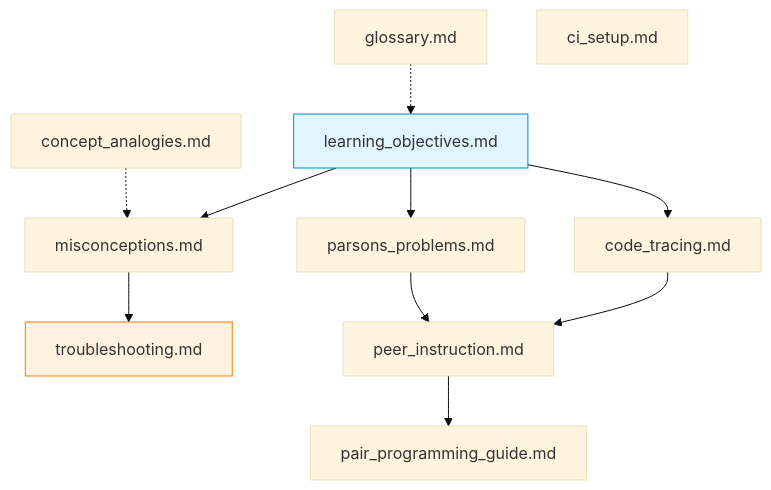
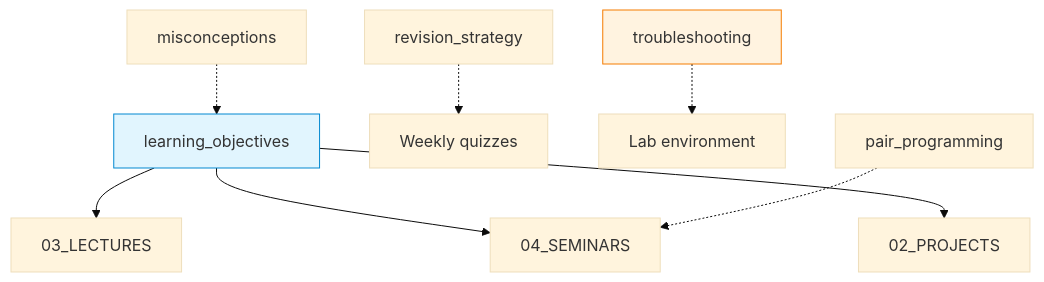
One commit to antonioclim/COMPNET-EN changed the diagram in 00_APPENDIX/docs/README.md. Above: the diagram before and after it, drawn with Mermaid (base theme). The commit also changed other lines of this file, not shown here.

````diff
--- a/00_APPENDIX/docs/README.md
+++ b/00_APPENDIX/docs/README.md
@@ -24,15 +23,14 @@
 ```mermaid
-graph TD
-    LO["learning_objectives.md"] --> MC["misconceptions.md"]
-    LO --> CT["code_tracing.md"]
-    LO --> PP["parsons_problems.md"]
-    MC --> TS["troubleshooting.md"]
-    CT --> PI["peer_instruction.md"]
-    PP --> PI
-    PI --> PG["pair_programming_guide.md"]
-    GL["glossary.md"] -.-> LO
-    CA["concept_analogies.md"] -.-> MC
-    CI["ci_setup.md"]
+flowchart TD
+    LO["learning_objectives"] --> L["03_LECTURES"]
+    LO --> S["04_SEMINARS"]
+    LO --> P["02_PROJECTS"]
+
+    M["misconceptions"] -.-> LO
+    R["revision_strategy"] -.-> Q["Weekly quizzes"]
+    T["troubleshooting"] -.-> LAB["Lab environment"]
+    PP["pair_programming"] -.-> S
+
     style LO fill:#e1f5fe,stroke:#0288d1
-    style TS fill:#fff3e0,stroke:#f57c00
+    style T fill:#fff3e0,stroke:#f57c00
 ```
````
